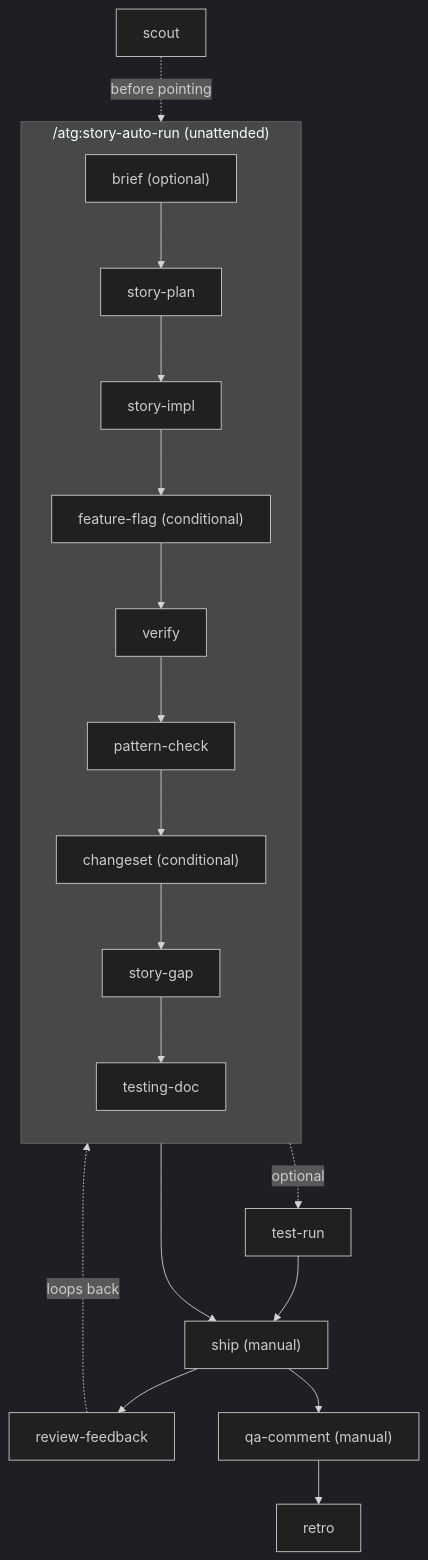
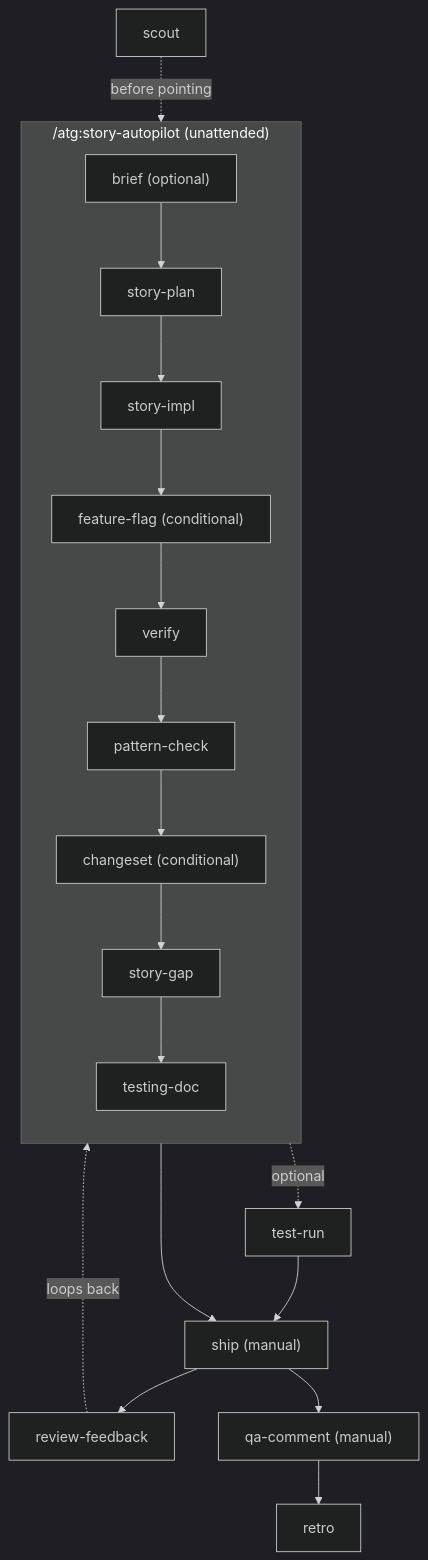
The diagram in README.md (fcastillo-atg/atg-agent-kit), drawn with Mermaid (dark theme) before and after one commit. The commit also changed other lines of this file and 3 other files, not shown here.

First line of the commit message:
Rename story-auto-run to story-autopilot

````diff
--- a/README.md
+++ b/README.md
@@ -145,22 +145,22 @@
 ```mermaid
 flowchart TD
-    subgraph autorun["/atg:story-auto-run (unattended)"]
+    subgraph autopilot["/atg:story-autopilot (unattended)"]
         direction TB
         brief["brief (optional)"] --> storyplan["story-plan"]
         storyplan --> storyimpl["story-impl"]
         storyimpl --> featureflag["feature-flag (conditional)"]
         featureflag --> verify["verify"]
         verify --> patterncheck["pattern-check"]
         patterncheck --> changeset["changeset (conditional)"]
         changeset --> storygap["story-gap"]
         storygap --> testingdoc["testing-doc"]
     end
     testingdoc -. optional .-> testrun["test-run"]
     testingdoc --> ship["ship (manual)"]
     testrun --> ship
     ship --> reviewfeedback["review-feedback"]
     reviewfeedback -. loops back .-> verify
     ship --> qacomment["qa-comment (manual)"]
     qacomment --> retro["retro"]
     scout["scout"] -. before pointing .-> brief
 ```
````
